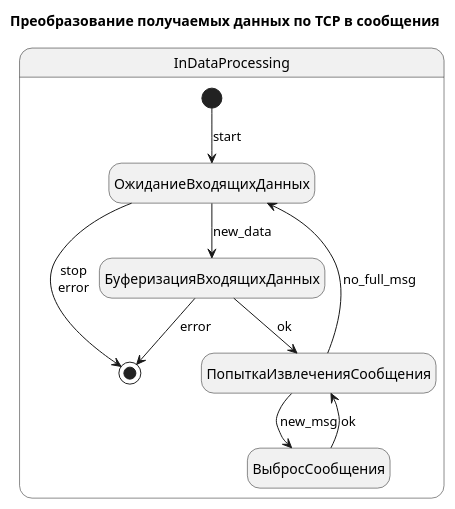
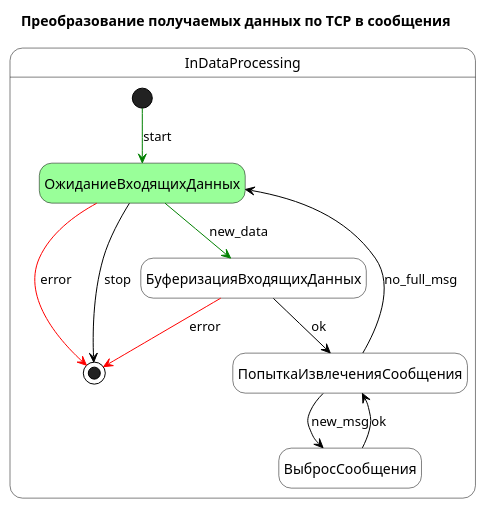
Before and after one commit to shushudu/uml_diagrams: the diagram in tcp_socket_in_data_processing.puml, drawn with PlantUML.

```diff
--- a/tcp_socket_in_data_processing.puml
+++ b/tcp_socket_in_data_processing.puml
@@ -1,17 +1,33 @@
 @startuml
 hide empty description
 scale max 800 width
 
+<style>
+stateDiagram {
+  LineColor black
+}
+</style>
+
+skinparam state {
+  BackgroundColor #white
+  BackgroundColor<<LongTime>> #9F9
+  BorderColor #black
+}
+
 Title Преобразование получаемых данных по TCP в сообщения
 
 state InDataProcessing {
-[*] --> ОжиданиеВходящихДанных : start
-ОжиданиеВходящихДанных --> БуферизацияВходящихДанных : new_data
-ОжиданиеВходящихДанных --> [*] : stop\nerror
-БуферизацияВходящихДанных --> [*] : error
+
+state ОжиданиеВходящихДанных <<LongTime>>
+
+[*] -[#green]-> ОжиданиеВходящихДанных : start
+ОжиданиеВходящихДанных -[#green]-> БуферизацияВходящихДанных : new_data
+ОжиданиеВходящихДанных -[#red]-> [*] : error
+ОжиданиеВходящихДанных --> [*] : stop
+БуферизацияВходящихДанных -[#red]-> [*] : error
 БуферизацияВходящихДанных --> ПопыткаИзвлеченияСообщения : ok
 ПопыткаИзвлеченияСообщения --> ВыбросСообщения : new_msg
 ПопыткаИзвлеченияСообщения --> ОжиданиеВходящихДанных : no_full_msg
 ВыбросСообщения --> ПопыткаИзвлеченияСообщения : ok
 }
 @enduml
```
